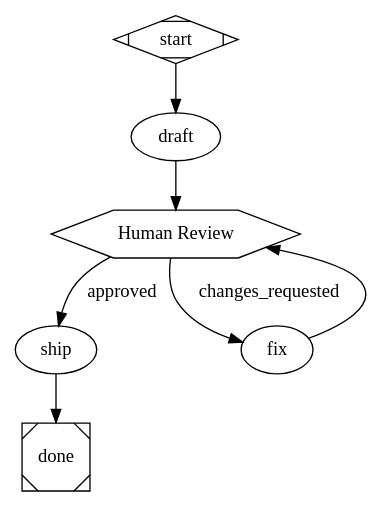
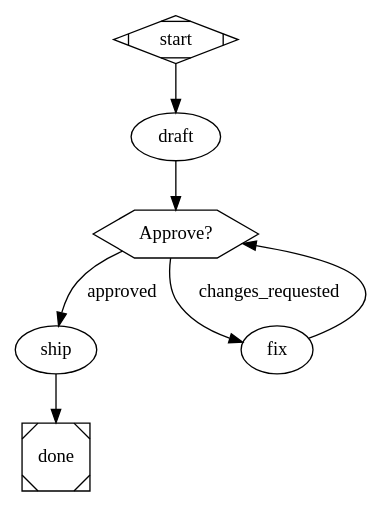
Before and after one commit to bphansg/attractor: the fourth of 8 diagrams in README.md, drawn with Graphviz. The commit also changed other lines of this file, not shown here.

````diff
--- a/README.md
+++ b/README.md
@@ -148,18 +96,18 @@
 ```dot
 digraph review {
-  goal = "Draft changes and get human approval"
+  goal = "Draft changes and get approval before shipping"
 
   start       [shape=Mdiamond]
   draft       [prompt="Generate the code changes for $goal"]
-  review_gate [shape=hexagon, label="Human Review"]
+  review_gate [shape=hexagon, label="Approve?"]
   ship        [prompt="Apply the approved changes"]
-  fix         [prompt="Incorporate reviewer feedback"]
+  fix         [prompt="Incorporate the reviewer feedback"]
   done        [shape=Msquare]
 
   start -> draft -> review_gate
-  review_gate -> ship [label="approved", condition="preferred_label=approved"]
+  review_gate -> ship [label="approved",          condition="preferred_label=approved"]
   review_gate -> fix  [label="changes_requested", condition="preferred_label=changes_requested"]
   fix -> review_gate
   ship -> done
 }
 ```
````
